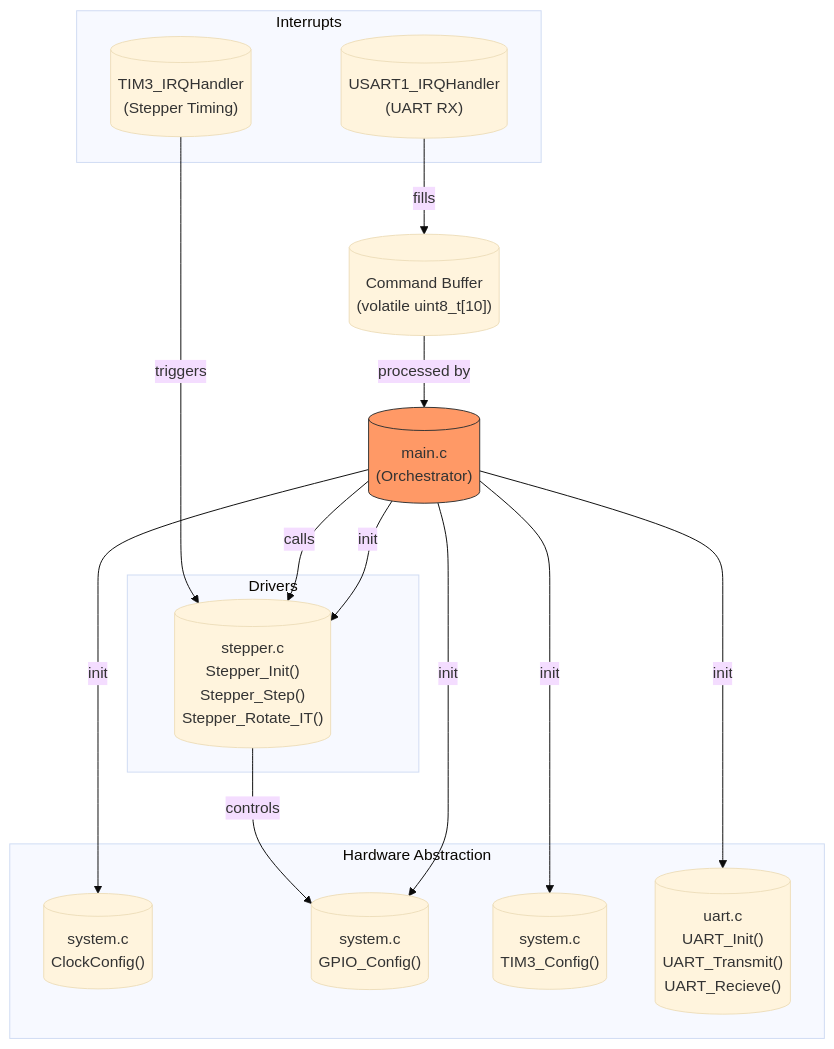
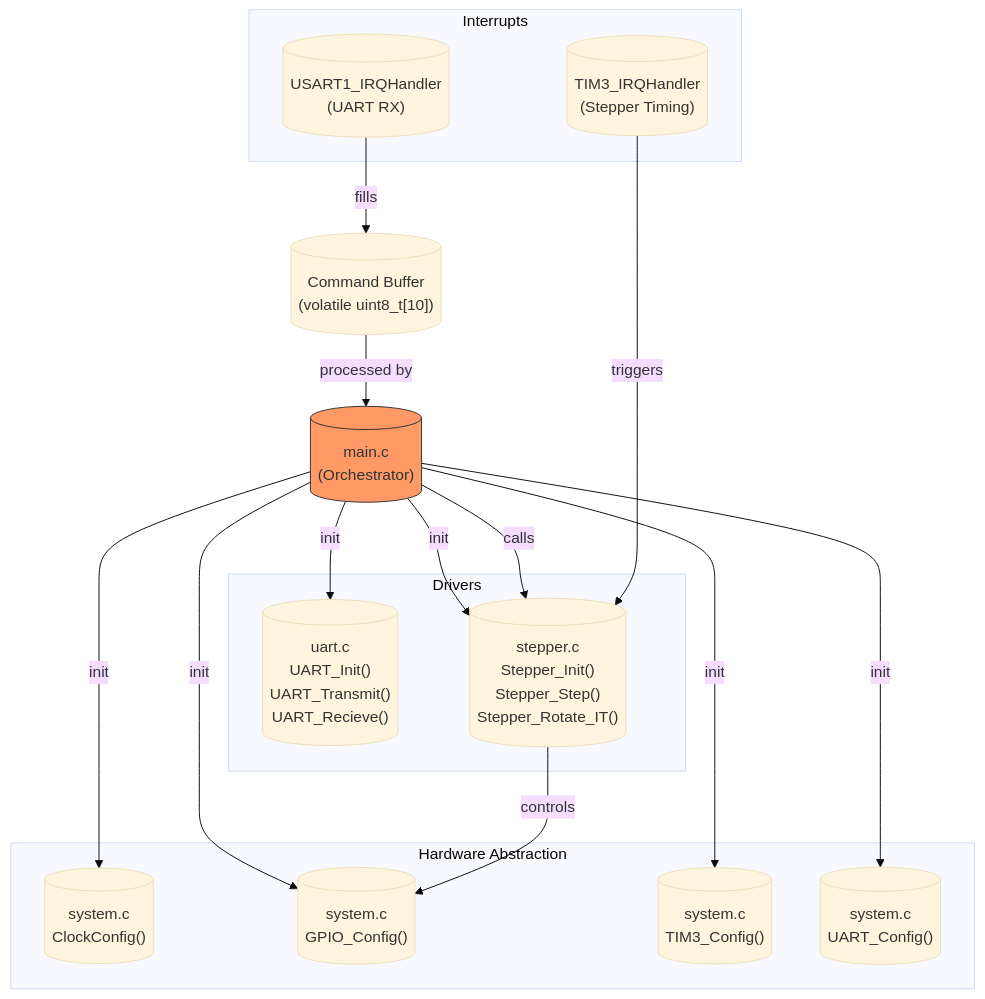
One commit to PortiaLabiata/Proba_stepper changed the diagram in README.md. Above: the diagram before and after it, drawn with Mermaid (base theme).

Commit message:
README снова исправлен

````diff
--- a/README.md
+++ b/README.md
@@ -3,46 +3,43 @@
 ```mermaid
----
-config:
-  layout: fixed
----
 flowchart TD
  subgraph HAL["Hardware Abstraction"]
         clock[("system.c
         ClockConfig()")]
         gpio[("system.c
         GPIO_Config()")]
         tim[("system.c
         TIM3_Config()")]
-        uart[("system.c
+        uart_conf[("system.c
         UART_Config()")]
   end
  subgraph DRIVERS["Drivers"]
         uart[("uart.c
         UART_Init()
         UART_Transmit()
         UART_Recieve()")]
         stepper[("stepper.c
         Stepper_Init()
         Stepper_Step()
         Stepper_Rotate_IT()")]
   end
  subgraph ISRs["Interrupts"]
         uart_isr[("USART1_IRQHandler
         (UART RX)")]
         tim_isr[("TIM3_IRQHandler
         (Stepper Timing)")]
   end
     main[("main.c
-    (Orchestrator)")] -- init --> clock & gpio & tim & uart & stepper
+    (Orchestrator)")] -- init --> clock & gpio & tim & uart & stepper & uart_conf
     uart_isr -- fills --> buffer[("Command Buffer
     (volatile uint8_t[10])")]
     buffer -- processed by --> main
     main -- calls --> stepper
     tim_isr -- triggers --> stepper
     stepper -- controls --> gpio
+
      main:::orange
     classDef orange fill:#f96,stroke:#333
     classDef blue fill:#6af,stroke:#333
     classDef green fill:#5d5,stroke:#333
 
 ```
````
